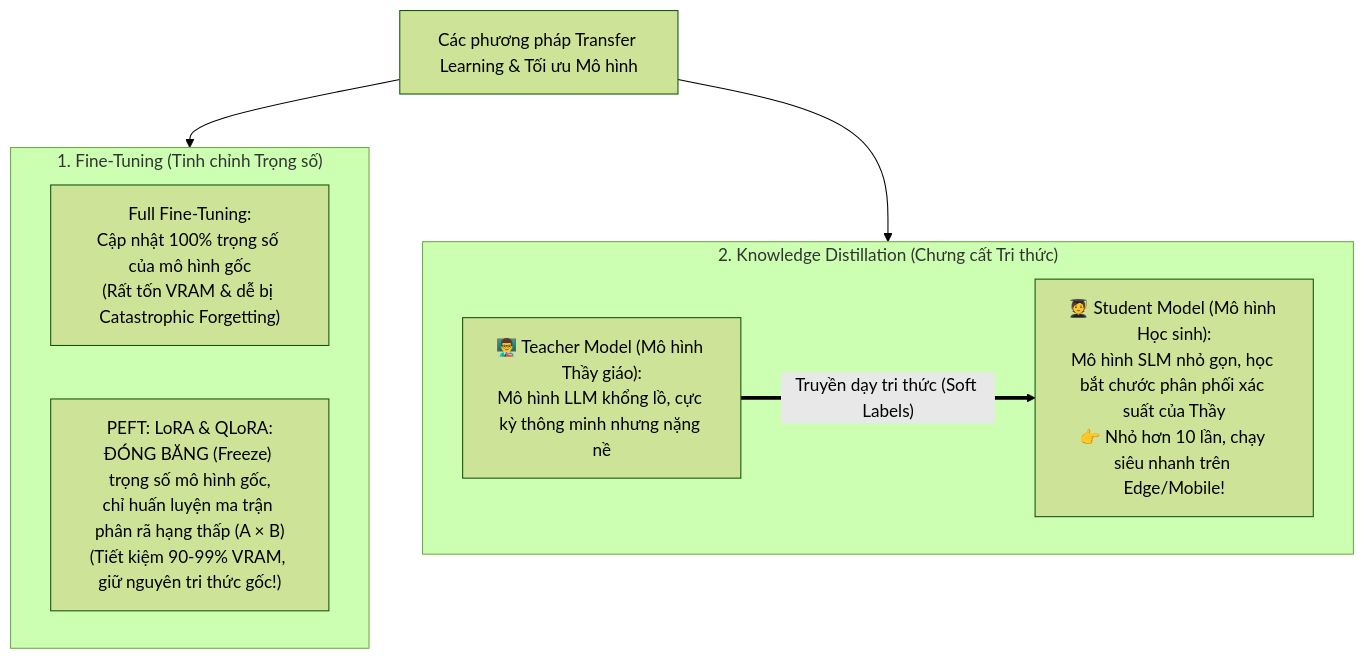
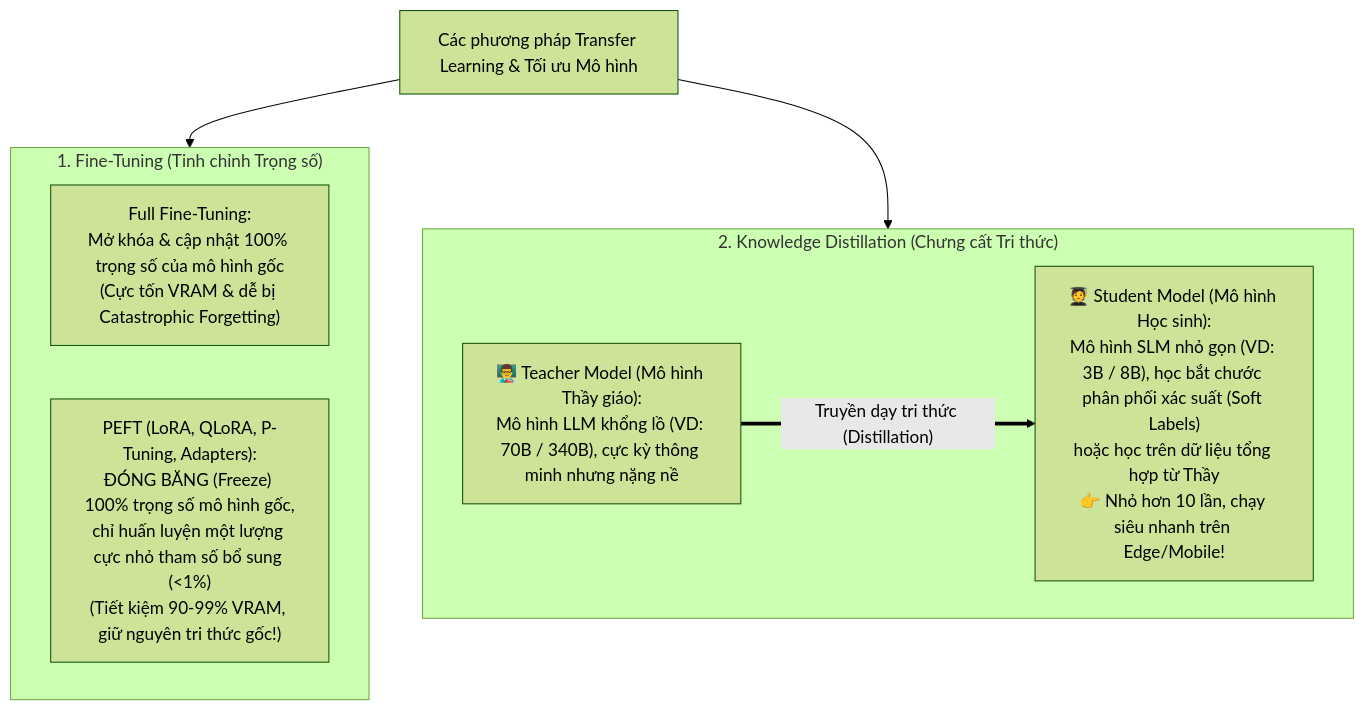
One commit to nxthanh2904/nca-genl changed the third of 4 diagrams in Module_06_Model_Customization.md. Above: the diagram before and after it, drawn with Mermaid (forest theme). The commit also changed other lines of this file and 11 other files, not shown here.

````diff
--- a/Module_06_Model_Customization.md
+++ b/Module_06_Model_Customization.md
@@ -95,17 +118,17 @@
 ```mermaid
 flowchart TD
     TL["Các phương pháp Transfer Learning & Tối ưu Mô hình"]
     
     subgraph FT["1. Fine-Tuning (Tinh chỉnh Trọng số)"]
-        FullFT["Full Fine-Tuning:<br/>Cập nhật 100% trọng số của mô hình gốc<br/>(Rất tốn VRAM & dễ bị Catastrophic Forgetting)"]
-        PEFT["PEFT: LoRA & QLoRA:<br/>ĐÓNG BĂNG (Freeze) trọng số mô hình gốc,<br/>chỉ huấn luyện ma trận phân rã hạng thấp (A × B)<br/>(Tiết kiệm 90-99% VRAM, giữ nguyên tri thức gốc!)"]
+        FullFT["Full Fine-Tuning:<br/>Mở khóa & cập nhật 100% trọng số của mô hình gốc<br/>(Cực tốn VRAM & dễ bị Catastrophic Forgetting)"]
+        PEFT["PEFT (LoRA, QLoRA, P-Tuning, Adapters):<br/>ĐÓNG BĂNG (Freeze) 100% trọng số mô hình gốc,<br/>chỉ huấn luyện một lượng cực nhỏ tham số bổ sung (<1%)<br/>(Tiết kiệm 90-99% VRAM, giữ nguyên tri thức gốc!)"]
     end
 
     subgraph KD["2. Knowledge Distillation (Chưng cất Tri thức)"]
-        Teacher["👨‍🏫 Teacher Model (Mô hình Thầy giáo):<br/>Mô hình LLM khổng lồ, cực kỳ thông minh nhưng nặng nề"]
-        Student["🧑‍🎓 Student Model (Mô hình Học sinh):<br/>Mô hình SLM nhỏ gọn, học bắt chước phân phối xác suất của Thầy<br/>👉 Nhỏ hơn 10 lần, chạy siêu nhanh trên Edge/Mobile!"]
-        Teacher ==>|"Truyền dạy tri thức (Soft Labels)"| Student
+        Teacher["👨‍🏫 Teacher Model (Mô hình Thầy giáo):<br/>Mô hình LLM khổng lồ (VD: 70B / 340B), cực kỳ thông minh nhưng nặng nề"]
+        Student["🧑‍🎓 Student Model (Mô hình Học sinh):<br/>Mô hình SLM nhỏ gọn (VD: 3B / 8B), học bắt chước phân phối xác suất (Soft Labels)<br/>hoặc học trên dữ liệu tổng hợp từ Thầy<br/>👉 Nhỏ hơn 10 lần, chạy siêu nhanh trên Edge/Mobile!"]
+        Teacher ==>|"Truyền dạy tri thức (Distillation)"| Student
     end
 
     TL --> FT & KD
 ```
````
